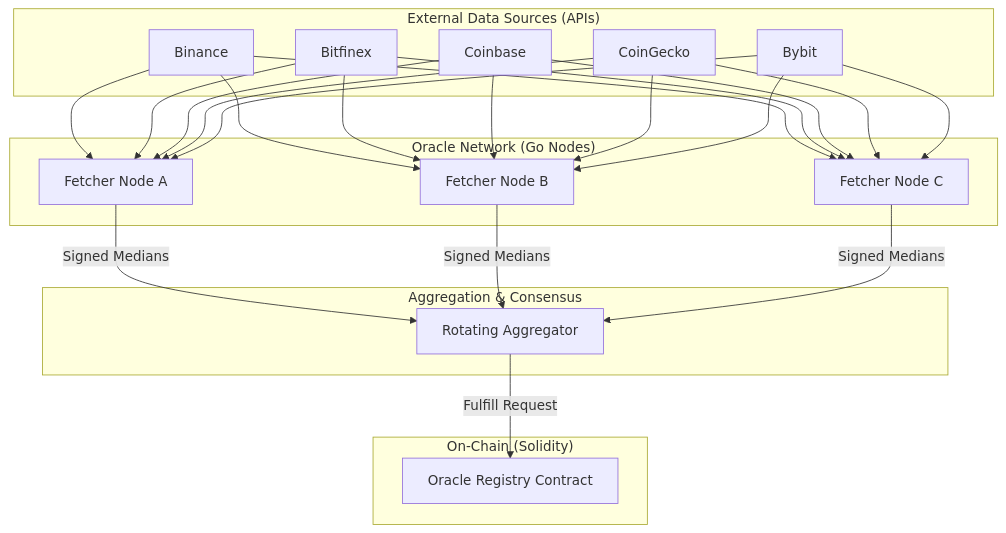
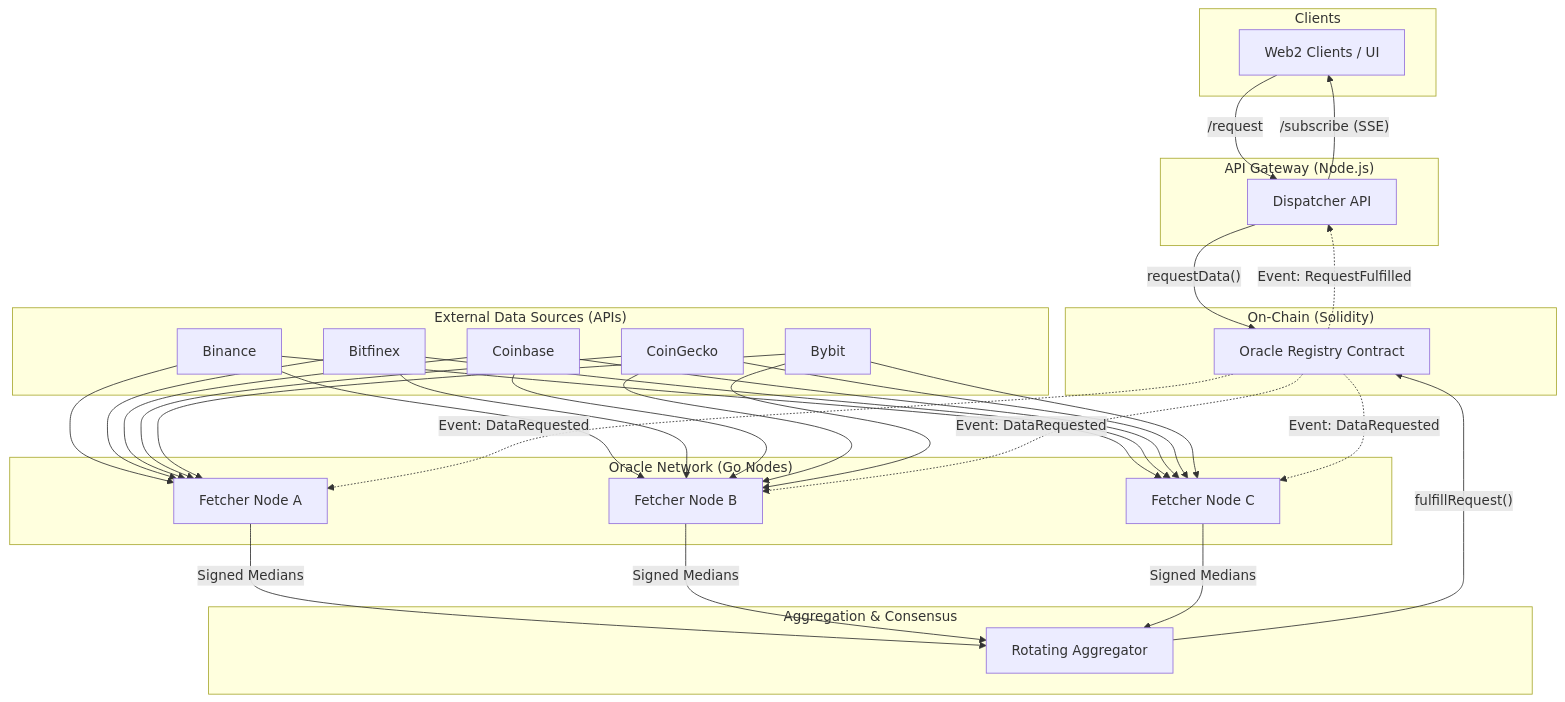
The diagram in README.md (AlphaTechini/Oracle), drawn with Mermaid before and after one commit. The commit also changed other lines of this file, not shown here.

````diff
--- a/README.md
+++ b/README.md
@@ -9,28 +9,41 @@
 ```mermaid
 graph TD
+    subgraph "Clients"
+        Web[Web2 Clients / UI]
+    end
+
+    subgraph "API Gateway (Node.js)"
+        Dispatcher[Dispatcher API]
+    end
+
     subgraph "External Data Sources (APIs)"
         B[Binance]
         BF[Bitfinex]
         CB[Coinbase]
         CG[CoinGecko]
         BY[Bybit]
     end
 
     subgraph "Oracle Network (Go Nodes)"
         NodeA[Fetcher Node A]
         NodeB[Fetcher Node B]
         NodeC[Fetcher Node C]
     end
 
     subgraph "Aggregation & Consensus"
         Aggregator[Rotating Aggregator]
     end
 
     subgraph "On-Chain (Solidity)"
         Registry[Oracle Registry Contract]
     end
 
+    Web -- "/request" --> Dispatcher
+    Dispatcher -- "requestData()" --> Registry
     B & BF & CB & CG & BY --> NodeA & NodeB & NodeC
+    Registry -. "Event: DataRequested" .-> NodeA & NodeB & NodeC
     NodeA & NodeB & NodeC -- "Signed Medians" --> Aggregator
-    Aggregator -- "Fulfill Request" --> Registry
+    Aggregator -- "fulfillRequest()" --> Registry
+    Registry -. "Event: RequestFulfilled" .-> Dispatcher
+    Dispatcher -- "/subscribe (SSE)" --> Web
 ```
````
